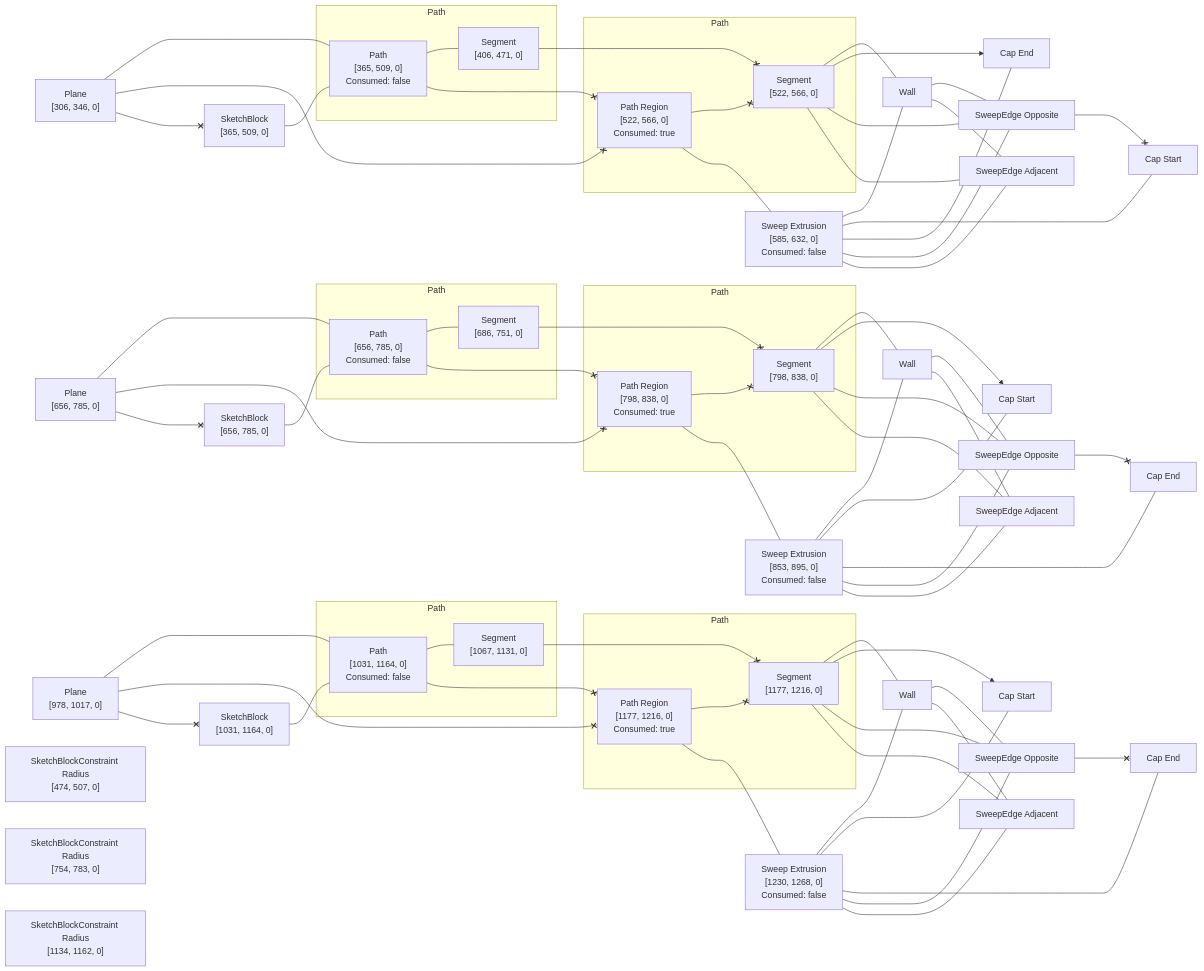
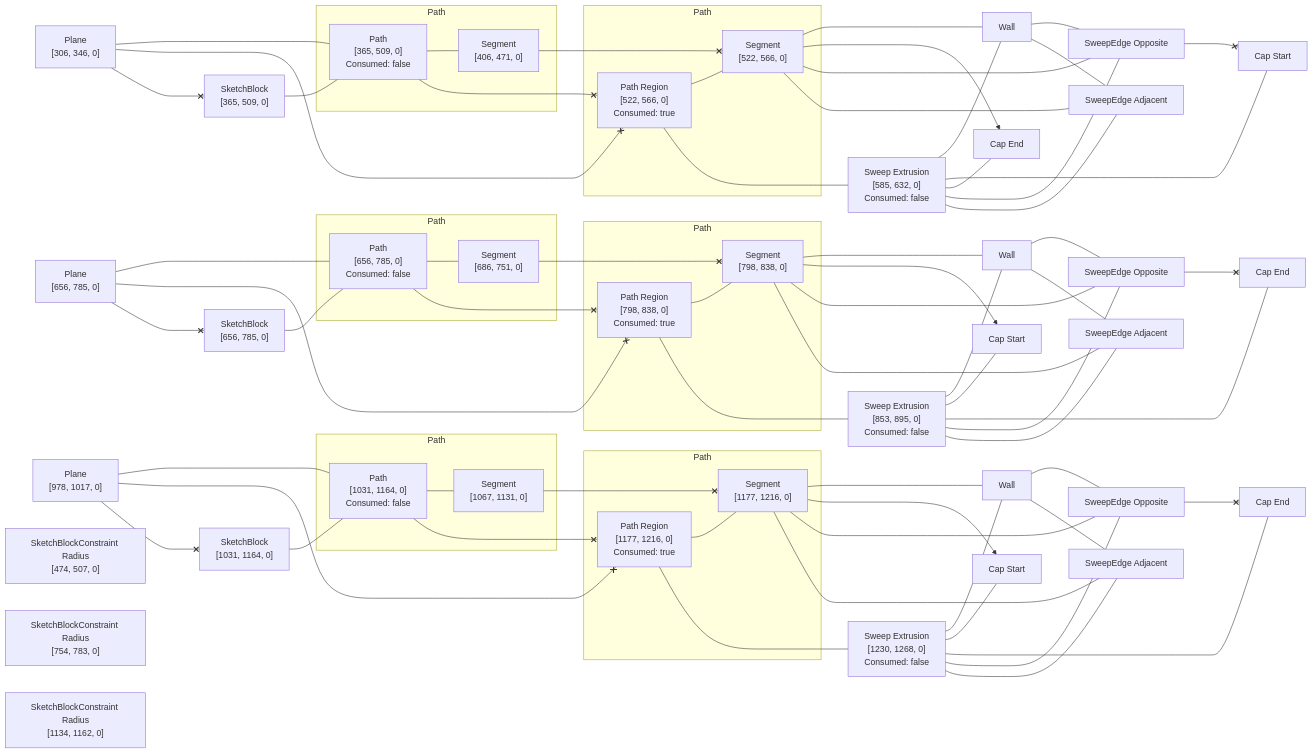
The diagram in rust/kcl-lib/tests/kcl_samples/round-table/artifact_graph_flowchart.snap.md (KittyCAD/modeling-app), drawn with Mermaid before and after one commit. The commit also changed 201 other files, not shown here.

```diff
--- a/rust/kcl-lib/tests/kcl_samples/round-table/artifact_graph_flowchart.snap.md
+++ b/rust/kcl-lib/tests/kcl_samples/round-table/artifact_graph_flowchart.snap.md
@@ -91,7 +91,7 @@
   2 <--x 4
   34 --- 2
   3 <--x 5
-  4 <--x 5
+  4 --- 5
   4 ---- 6
   5 --- 7
   5 x--> 9
@@ -112,7 +112,7 @@
   13 <--x 15
   36 --- 13
   14 <--x 16
-  15 <--x 16
+  15 --- 16
   15 ---- 17
   16 --- 18
   16 x--> 19
@@ -133,7 +133,7 @@
   24 <--x 26
   38 --- 24
   25 <--x 27
-  26 <--x 27
+  26 --- 27
   26 ---- 28
   27 --- 29
   27 x--> 30
```
